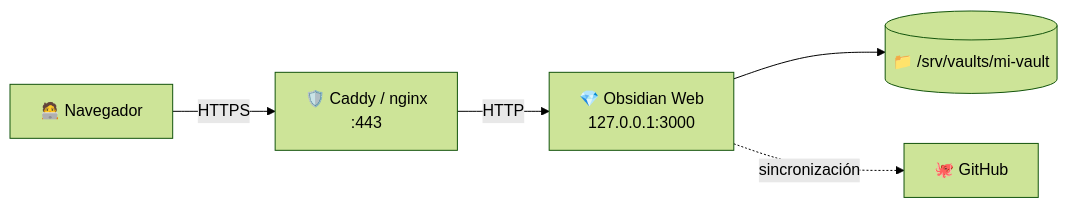
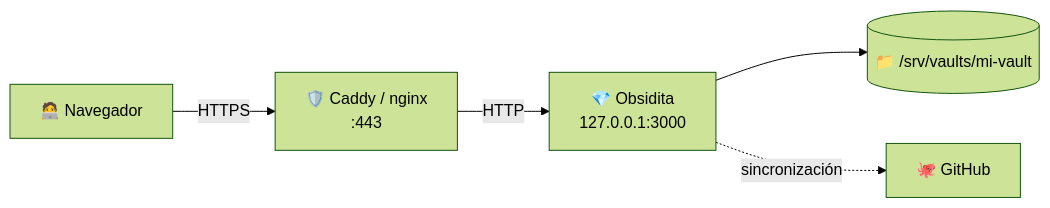
Before and after one commit to loft17/Obsidian-Web: the first of 2 diagrams in README.md, drawn with Mermaid (forest theme). The commit also changed other lines of this file and 13 other files, not shown here.

````diff
--- a/README.md
+++ b/README.md
@@ -239,7 +239,7 @@
 ```mermaid
 flowchart LR
     A["🧑‍💻 Navegador"] -- HTTPS --> B["🛡️ Caddy / nginx<br/>:443"]
-    B -- HTTP --> C["💎 Obsidian Web<br/>127.0.0.1:3000"]
+    B -- HTTP --> C["💎 Obsidita<br/>127.0.0.1:3000"]
     C --> D[("📁 /srv/vaults/mi-vault")]
     C -. sincronización .-> E["🐙 GitHub"]
 ```
````
